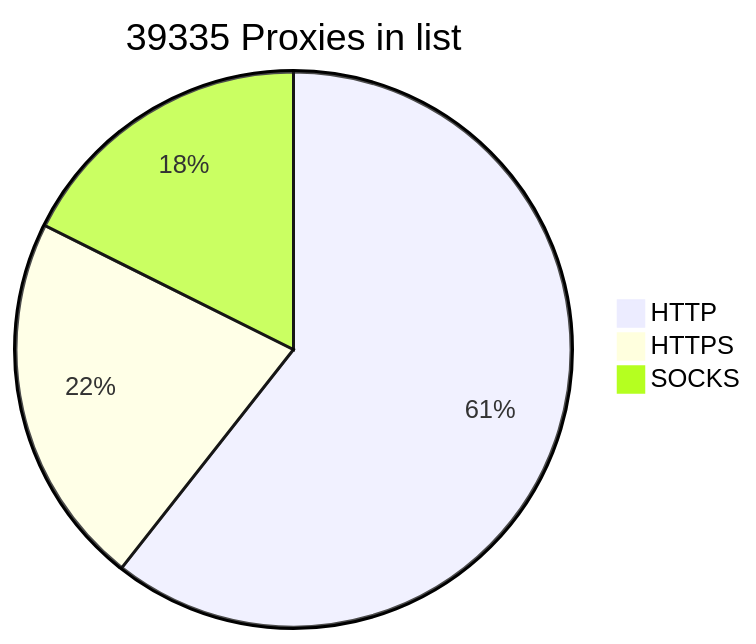
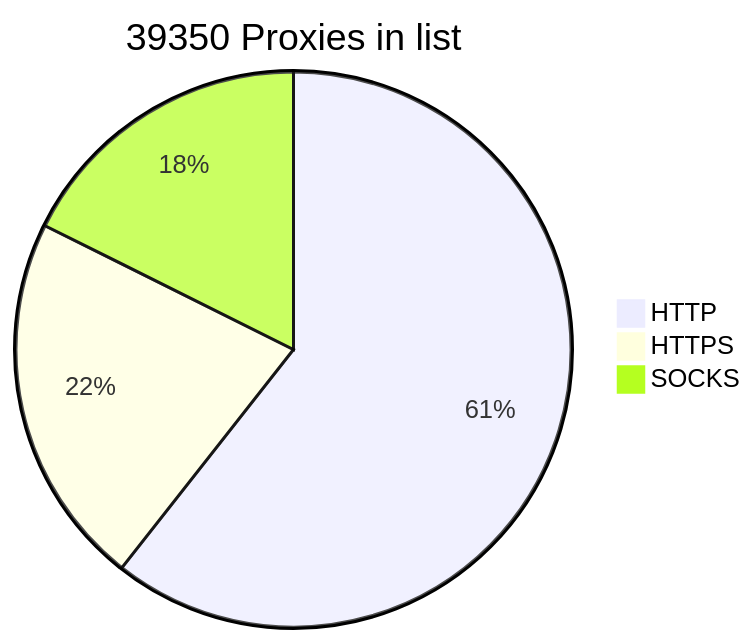
Before and after one commit to BlackSnowDot/proxylist-update-every-minute: the diagram in README.md, drawn with Mermaid.

````diff
--- a/README.md
+++ b/README.md
@@ -2,6 +2,6 @@
 ```mermaid
-pie title 39335 Proxies in list
-    "HTTP" : 27916
-    "HTTPS": 10018
-    "SOCKS" : 8124
+pie title 39350 Proxies in list
+    "HTTP" : 27926
+    "HTTPS": 10022
+    "SOCKS" : 8129
 ```
````
